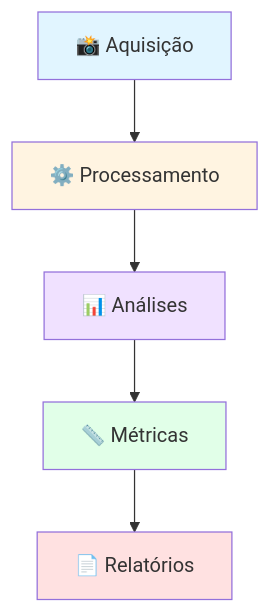
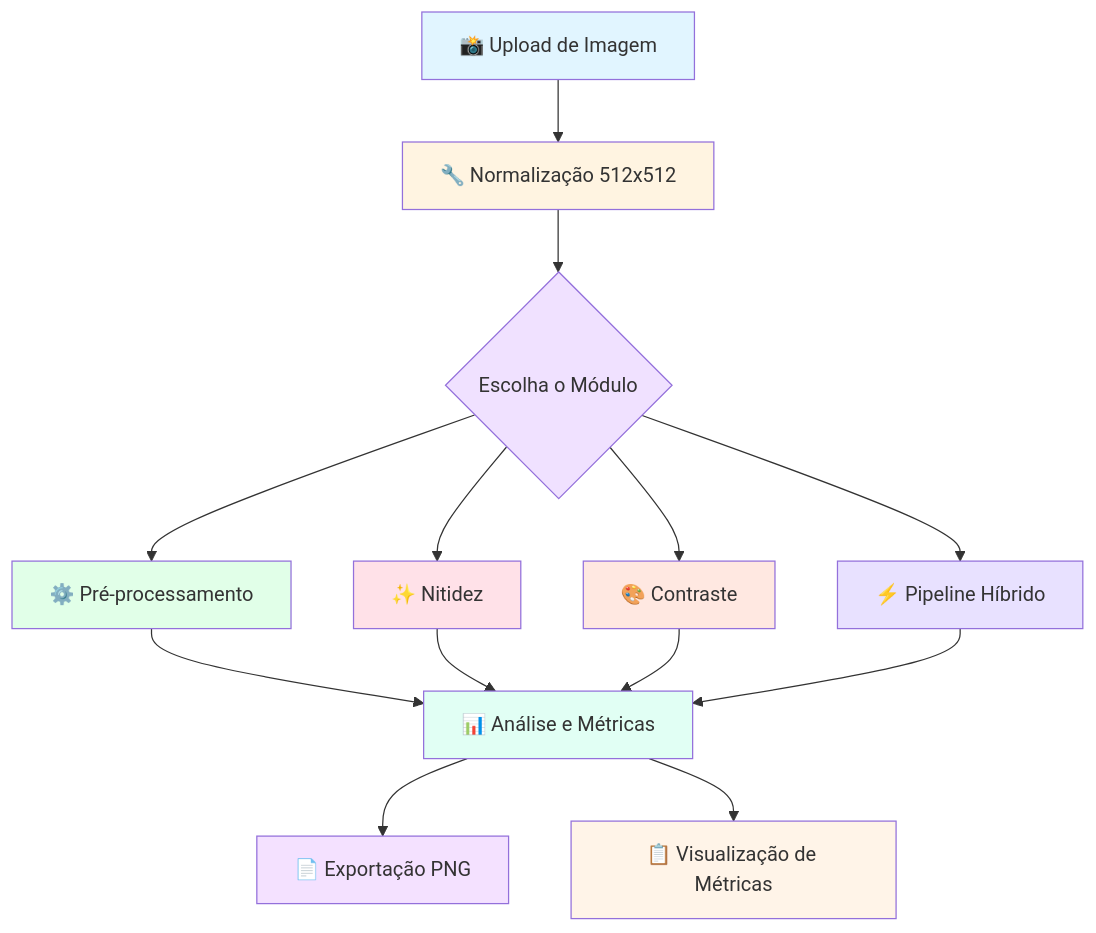
One commit to matheus-nsouza/Processamento_de_Imagens_E01_Grupo6 changed the fourth of 4 diagrams in README.md. Above: the diagram before and after it, drawn with Mermaid. The commit also changed other lines of this file, not shown here.

````diff
--- a/README.md
+++ b/README.md
@@ -893,13 +1055,29 @@
 ```mermaid
 graph TD
-    A[📸 Aquisição] --> B[⚙️ Processamento]
-    B --> C[📊 Análises]
-    C --> D[📏 Métricas]
-    D --> E[📄 Relatórios]
+    A[📸 Upload de Imagem] --> B[🔧 Normalização 512x512]
+    B --> C{Escolha o Módulo}
+    
+    C --> D[⚙️ Pré-processamento]
+    C --> E[✨ Nitidez]
+    C --> F[🎨 Contraste]
+    C --> G[⚡ Pipeline Híbrido]
+    
+    D --> H[📊 Análise e Métricas]
+    E --> H
+    F --> H
+    G --> H
+    
+    H --> I[📄 Exportação PNG]
+    H --> J[📋 Visualização de Métricas]
     
     style A fill:#e1f5ff
     style B fill:#fff4e1
     style C fill:#f0e1ff
     style D fill:#e1ffe8
-    style E fill:#ffe1e1
+    style E fill:#ffe1e8
+    style F fill:#ffe8e1
+    style G fill:#e8e1ff
+    style H fill:#e1fff4
+    style I fill:#f4e1ff
+    style J fill:#fff4e8
 ```
````
